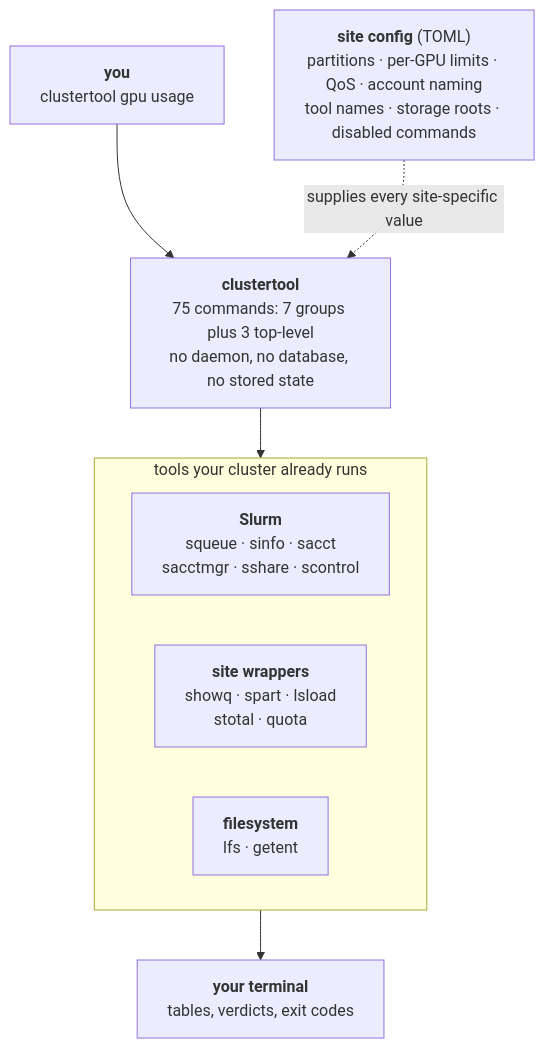
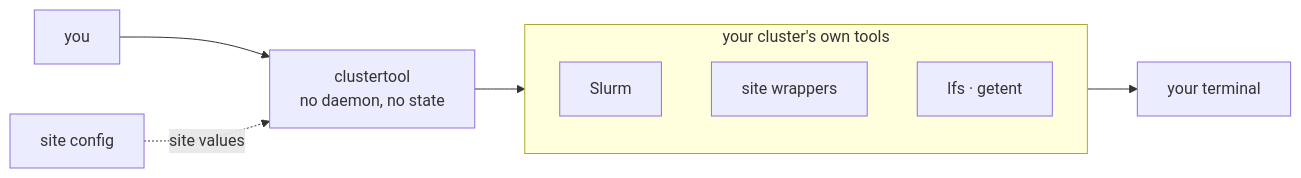
One commit to KempnerInstitute/clustertool changed the diagram in README.md. Above: the diagram before and after it, drawn with Mermaid. The commit also changed 9 other files, not shown here.

First line of the commit message:
Mark the whole-partition ssh commands admin, and shrink the diagrams

````diff
--- a/README.md
+++ b/README.md
@@ -30,19 +30,13 @@
 ```mermaid
-flowchart TB
-    you["<b>you</b><br/>clustertool gpu usage"]
-    cli["<b>clustertool</b><br/>75 commands: 7 groups plus 3 top-level<br/>no daemon, no database, no stored state"]
-    cfg["<b>site config</b> (TOML)<br/>partitions · per-GPU limits · QoS · account naming<br/>tool names · storage roots · disabled commands"]
-    out["<b>your terminal</b><br/>tables, verdicts, exit codes"]
-
-    subgraph host["tools your cluster already runs"]
-        direction LR
-        slurm["<b>Slurm</b><br/>squeue · sinfo · sacct<br/>sacctmgr · sshare · scontrol"]
-        wrappers["<b>site wrappers</b><br/>showq · spart · lsload<br/>stotal · quota"]
-        fsys["<b>filesystem</b><br/>lfs · getent"]
+flowchart LR
+    you["you"] --> cli["clustertool<br/>no daemon, no state"]
+    cfg["site config"] -. "site values" .-> cli
+    cli --> host
+    subgraph host["your cluster's own tools"]
+        direction TB
+        slurm["Slurm"]
+        wrap["site wrappers"]
+        fs["lfs · getent"]
     end
-
-    you --> cli
-    cfg -. "supplies every site-specific value" .-> cli
-    cli --> host
-    host --> out
+    host --> out["your terminal"]
 ```
````
